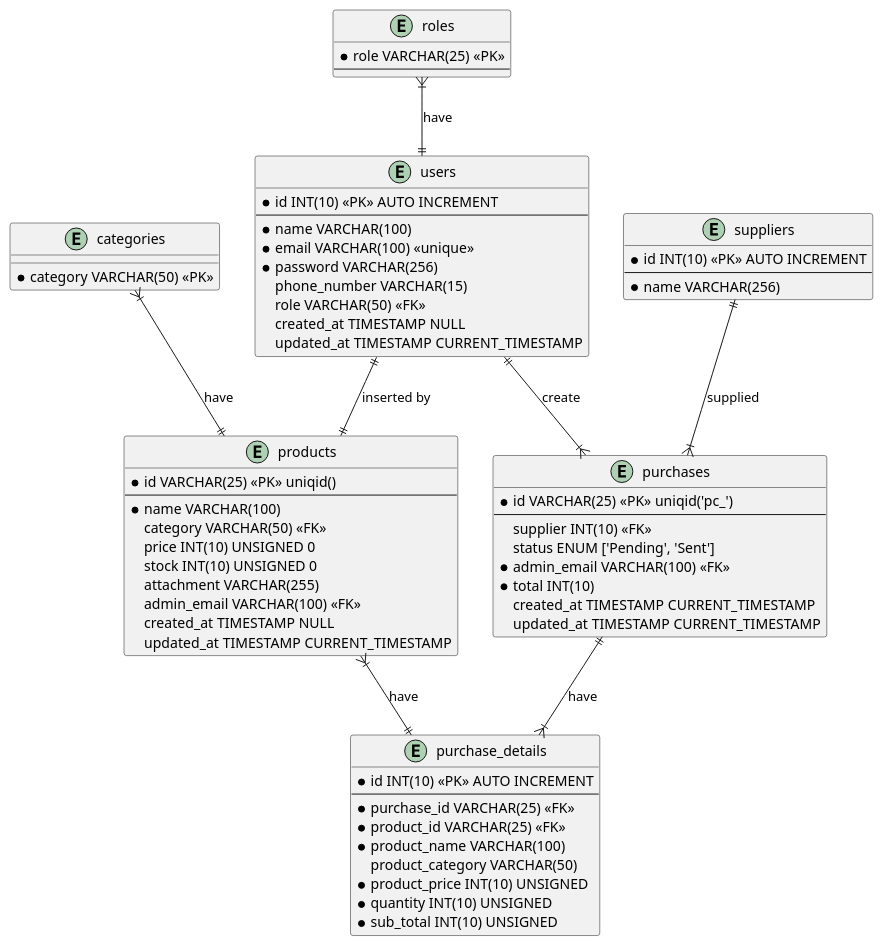
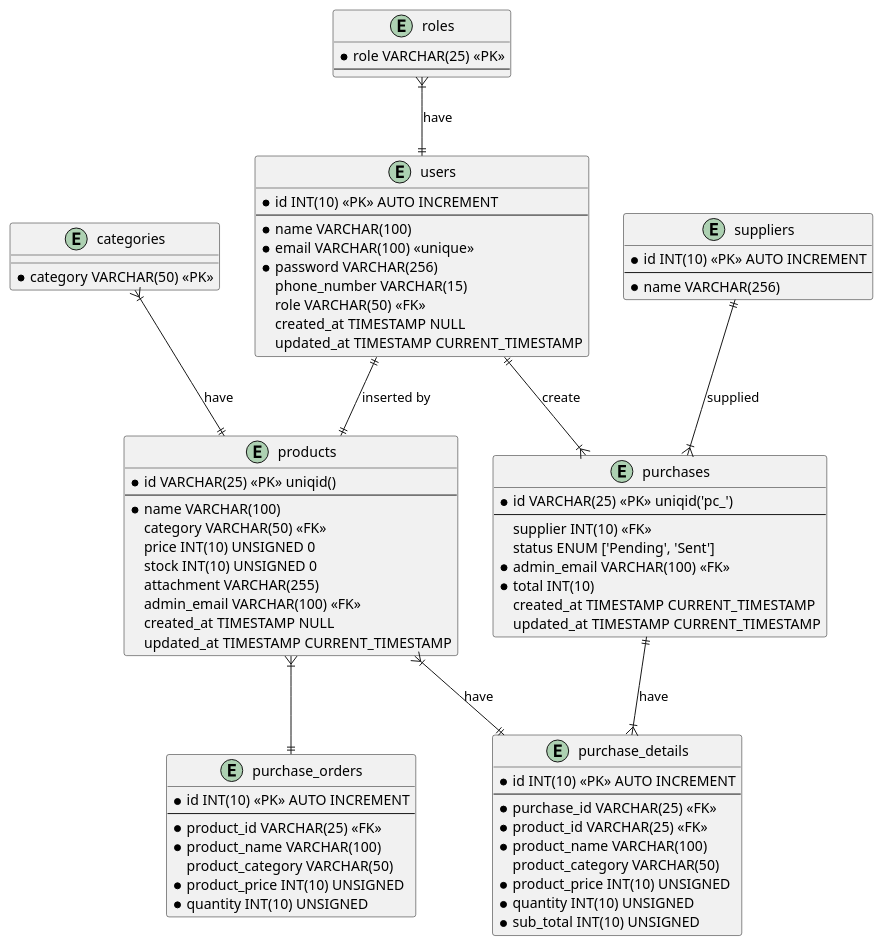
Before and after one commit to doniduaasattuu/product-inventory: the diagram in docs/product-inventory.puml, drawn with PlantUML. The commit also changed 25 other files, not shown here.

```diff
--- a/docs/product-inventory.puml
+++ b/docs/product-inventory.puml
@@ -1,100 +1,111 @@
 @startuml product inventory
 
     entity roles {
         * role VARCHAR(25) <<PK>>
         --
     }
 
     entity users {
         * id INT(10) <<PK>> AUTO INCREMENT
         --
         * name VARCHAR(100)
         * email VARCHAR(100) <<unique>>
         * password VARCHAR(256)
           phone_number VARCHAR(15)
           role VARCHAR(50) <<FK>>
           created_at TIMESTAMP NULL
           updated_at TIMESTAMP CURRENT_TIMESTAMP
     }
 
     entity categories {
         * category VARCHAR(50) <<PK>>
     }
 
     entity products {
         * id VARCHAR(25) <<PK>> uniqid()
         --
         * name VARCHAR(100)
           category VARCHAR(50) <<FK>>
           price INT(10) UNSIGNED 0
           stock INT(10) UNSIGNED 0
           attachment VARCHAR(255) 
           admin_email VARCHAR(100) <<FK>>
           created_at TIMESTAMP NULL
           updated_at TIMESTAMP CURRENT_TIMESTAMP
     }
 
     entity suppliers {
         * id INT(10) <<PK>> AUTO INCREMENT
         --
         * name VARCHAR(256)
     }
 
     entity purchases {
         * id VARCHAR(25) <<PK>> uniqid('pc_')
         --
           supplier INT(10) <<FK>>
           status ENUM ['Pending', 'Sent']
         * admin_email VARCHAR(100) <<FK>>
         * total INT(10)
           created_at TIMESTAMP CURRENT_TIMESTAMP
           updated_at TIMESTAMP CURRENT_TIMESTAMP
     }
 
     entity purchase_details {
         * id INT(10) <<PK>> AUTO INCREMENT
         --
         * purchase_id VARCHAR(25) <<FK>>
         * product_id VARCHAR(25) <<FK>>
         * product_name VARCHAR(100)
           product_category VARCHAR(50)
         * product_price INT(10) UNSIGNED
         * quantity INT(10) UNSIGNED
         * sub_total INT(10) UNSIGNED
     }
 
+    entity purchase_orders {
+        * id INT(10) <<PK>> AUTO INCREMENT
+        --
+        * product_id VARCHAR(25) <<FK>>
+        * product_name VARCHAR(100)
+          product_category VARCHAR(50)
+        * product_price INT(10) UNSIGNED
+        * quantity INT(10) UNSIGNED
+    }
+
     ' entity customers {
     '     * id INT(10) <<PK>> AUTO INCREMENT
     '     --
     '     * name VARCHAR(256)
     ' }
 
     ' entity sale_details {
     '     * id VARCHAR(25) <<PK>> uniqid('pcd_)
     '     --
     '     * product_id VARCHAR(25) <<FK>>
     '     * product_name
     '     * product_category
     '     * quantity INT(10)
     ' }
 
     ' entity sales {
     '     * id VARCHAR(25) <<PK>> uniqid('sl_')
     '     --
     '     * sale_detail VARCHAR(25) <<FK>>
     '       customer INT(10) <<FK>>
     '     * admin_email VARCHAR(100) <<FK>>
     '       status ENUM ['Pending', 'Sent']
     '       created_at TIMESTAMP NULL
     '       updated_at TIMESTAMP CURRENT_TIMESTAMP
     ' }
 
    roles }|--|| users : have
    categories }|--|| products : have
    users ||--|| products : inserted by
    suppliers ||--|{ purchases : supplied
    purchases ||--|{ purchase_details : have
    users ||--|{ purchases : create
    products }|--|| purchase_details : have
+   products }|--|| purchase_orders
 
 @enduml
```
